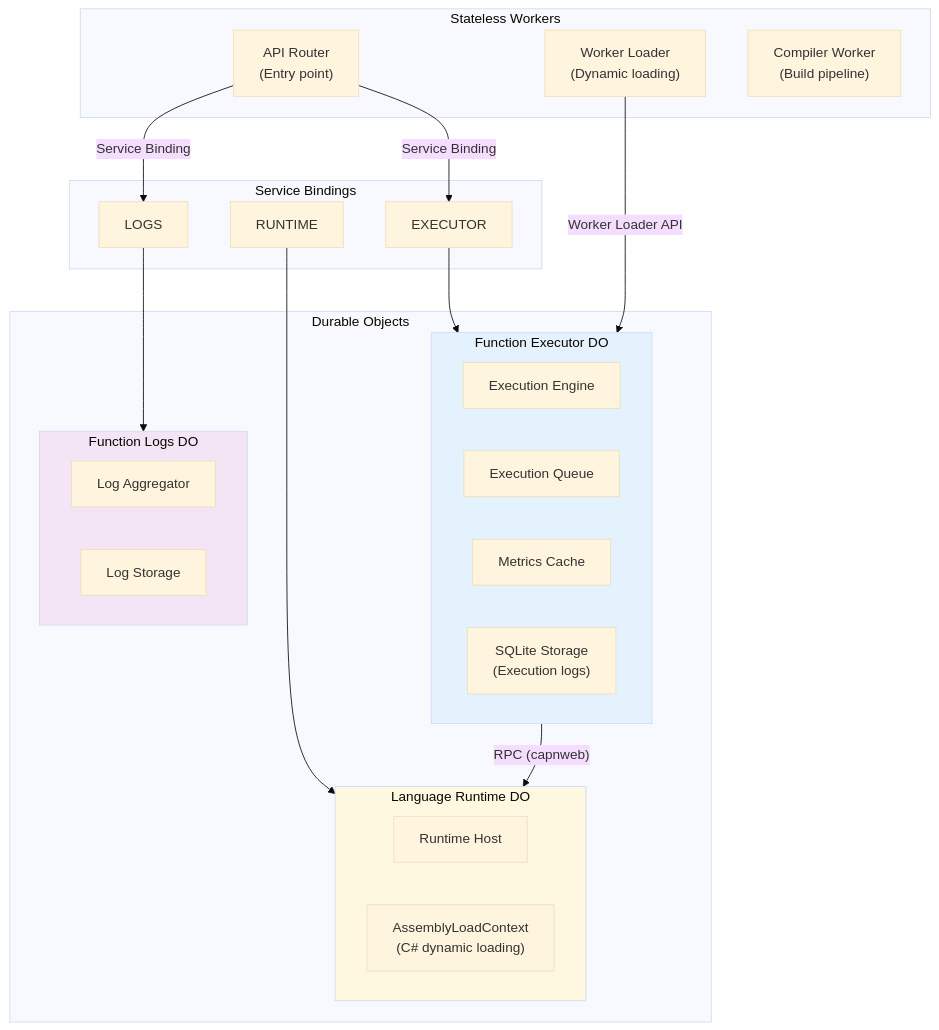
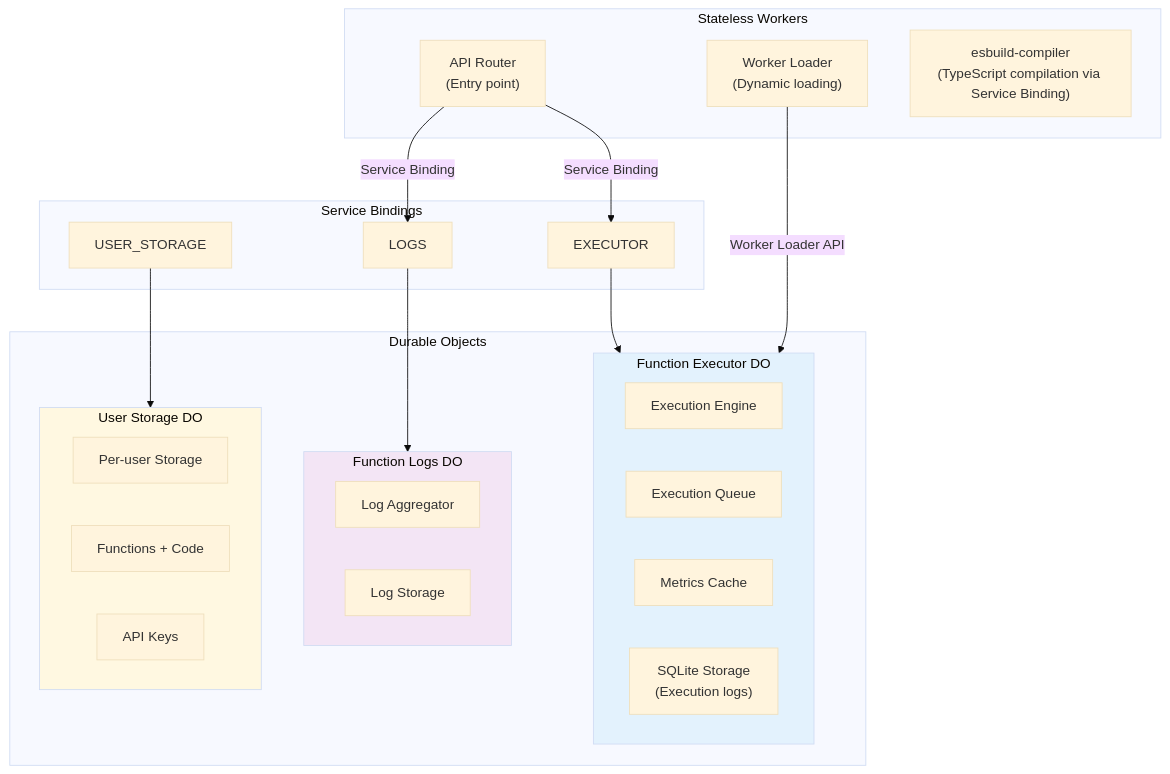
The eighth of 10 diagrams in docs/architecture/overview.md (dot-do/functions), drawn with Mermaid (base theme) before and after one commit. The commit also changed other lines of this file and 14 other files, not shown here.

````diff
--- a/docs/architecture/overview.md
+++ b/docs/architecture/overview.md
@@ -357,48 +331,47 @@
 ```mermaid
 flowchart TB
     subgraph Workers["Stateless Workers"]
         Router["API Router\n(Entry point)"]
         Loader["Worker Loader\n(Dynamic loading)"]
-        Compiler["Compiler Worker\n(Build pipeline)"]
+        EsbuildCompiler["esbuild-compiler\n(TypeScript compilation via Service Binding)"]
     end
 
     subgraph DurableObjects["Durable Objects"]
         subgraph ExecutorDO["Function Executor DO"]
             Executor["Execution Engine"]
             Queue["Execution Queue"]
             Metrics["Metrics Cache"]
             SQLite["SQLite Storage\n(Execution logs)"]
         end
 
         subgraph LogsDO["Function Logs DO"]
             LogAgg["Log Aggregator"]
             LogStore["Log Storage"]
         end
 
-        subgraph RuntimeDO["Language Runtime DO"]
-            RuntimeHost["Runtime Host"]
-            ALC["AssemblyLoadContext\n(C# dynamic loading)"]
+        subgraph UserStorageDO["User Storage DO"]
+            StorageHost["Per-user Storage"]
+            Functions["Functions + Code"]
+            APIKeys["API Keys"]
         end
     end
 
     subgraph Bindings["Service Bindings"]
         SB1["EXECUTOR"]
         SB2["LOGS"]
-        SB3["RUNTIME"]
+        SB3["USER_STORAGE"]
     end
 
     Router -->|"Service Binding"| SB1
     Router -->|"Service Binding"| SB2
 
     SB1 --> ExecutorDO
     SB2 --> LogsDO
-    SB3 --> RuntimeDO
+    SB3 --> UserStorageDO
 
     Loader -->|"Worker Loader API"| ExecutorDO
 
-    ExecutorDO -->|"RPC (capnweb)"| RuntimeDO
-
     style ExecutorDO fill:#E3F2FD
     style LogsDO fill:#F3E5F5
-    style RuntimeDO fill:#FFF8E1
+    style UserStorageDO fill:#FFF8E1
 ```
````
